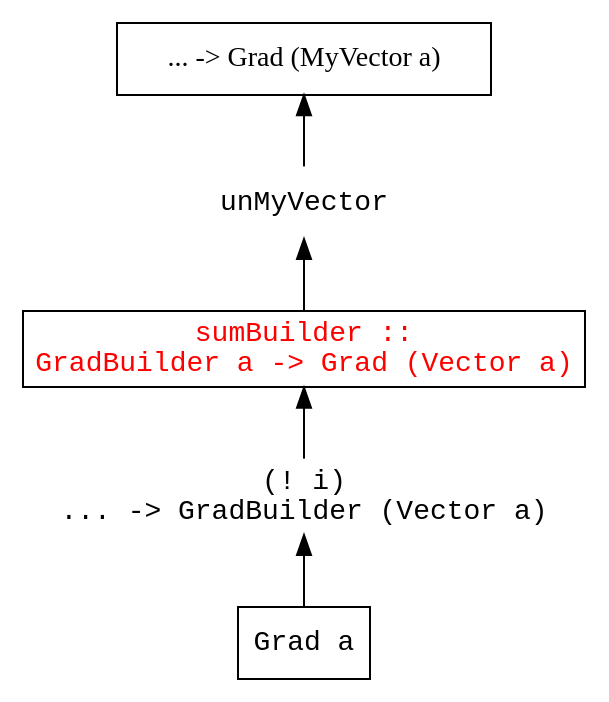
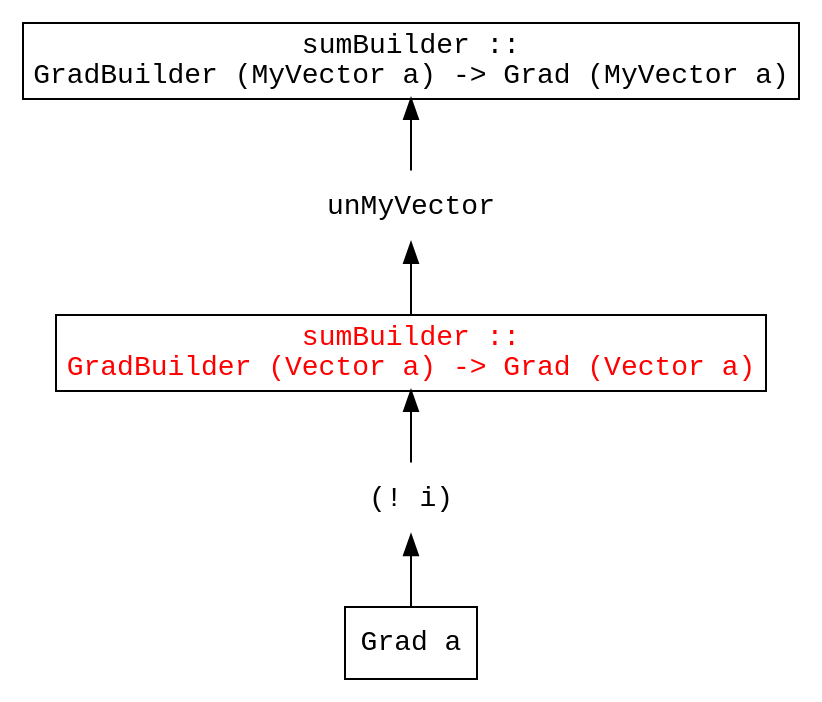
One commit to andriusstank/downhill changed the diagram in intro/inline_back.dot. Above: the diagram before and after it, drawn with Graphviz. The commit also changed 3 other files, not shown here.

```diff
--- a/intro/inline_back.dot
+++ b/intro/inline_back.dot
@@ -1,31 +1,32 @@
 digraph inline_node_back {
     rankdir="BT"
     nodeMyVectorB [
-        label = "... -> Grad (MyVector a)",
+        label = "sumBuilder ::\nGradBuilder (MyVector a) -> Grad (MyVector a)",
+        fontname="monospace",
         shape = box
     ];
     nodeVectorB [
-        label = "sumBuilder ::\nGradBuilder a -> Grad (Vector a)",
+        label = "sumBuilder ::\nGradBuilder (Vector a) -> Grad (Vector a)",
         fontname="monospace",
         fontcolor = red,
         shape = box
     ];
     nodeItemB [
         label = "Grad a",
         fontname = "monospace",
         shape = box
     ]
     nodeIndexB [
-        label = "(! i)\n... -> GradBuilder (Vector a)",
+        label = "(! i)",
         shape = none,
         fontname = "monospace",
     ]
     nodeUnwrapB [
         label = "unMyVector",
         shape = none,
         fontname = "monospace",
     ]
 
     nodeItemB -> nodeIndexB -> nodeVectorB
     nodeVectorB -> nodeUnwrapB -> nodeMyVectorB
 }
```
